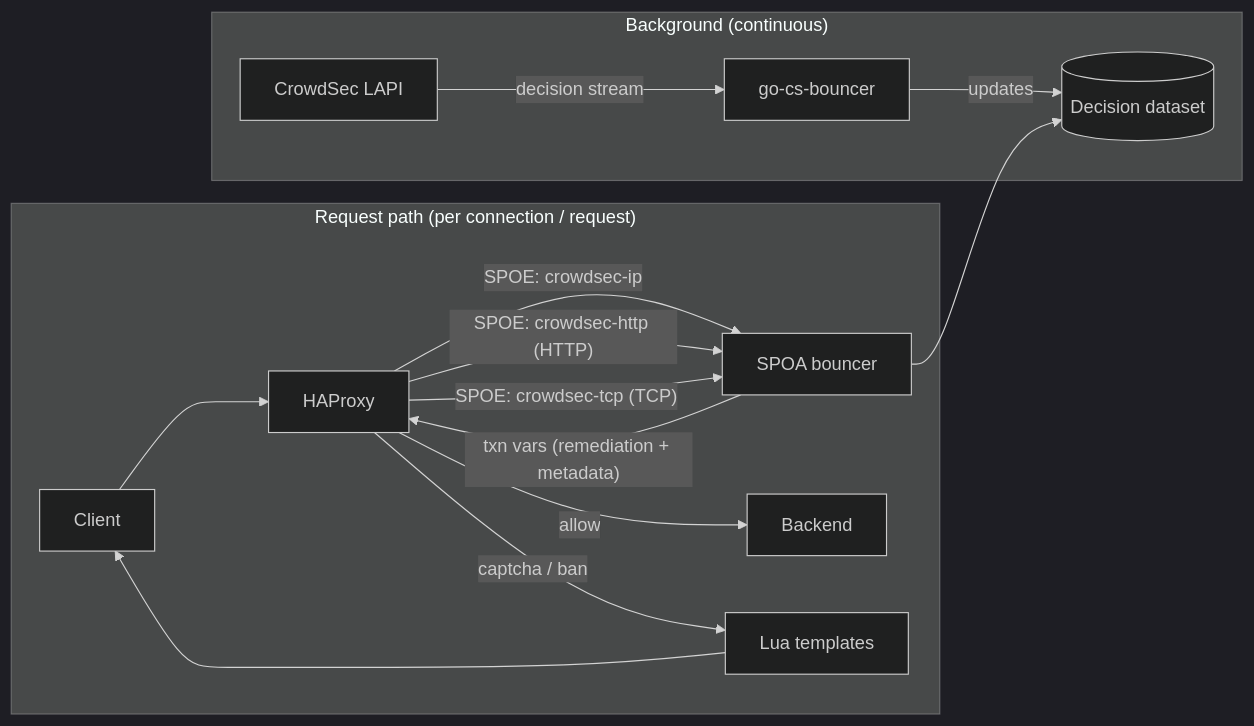
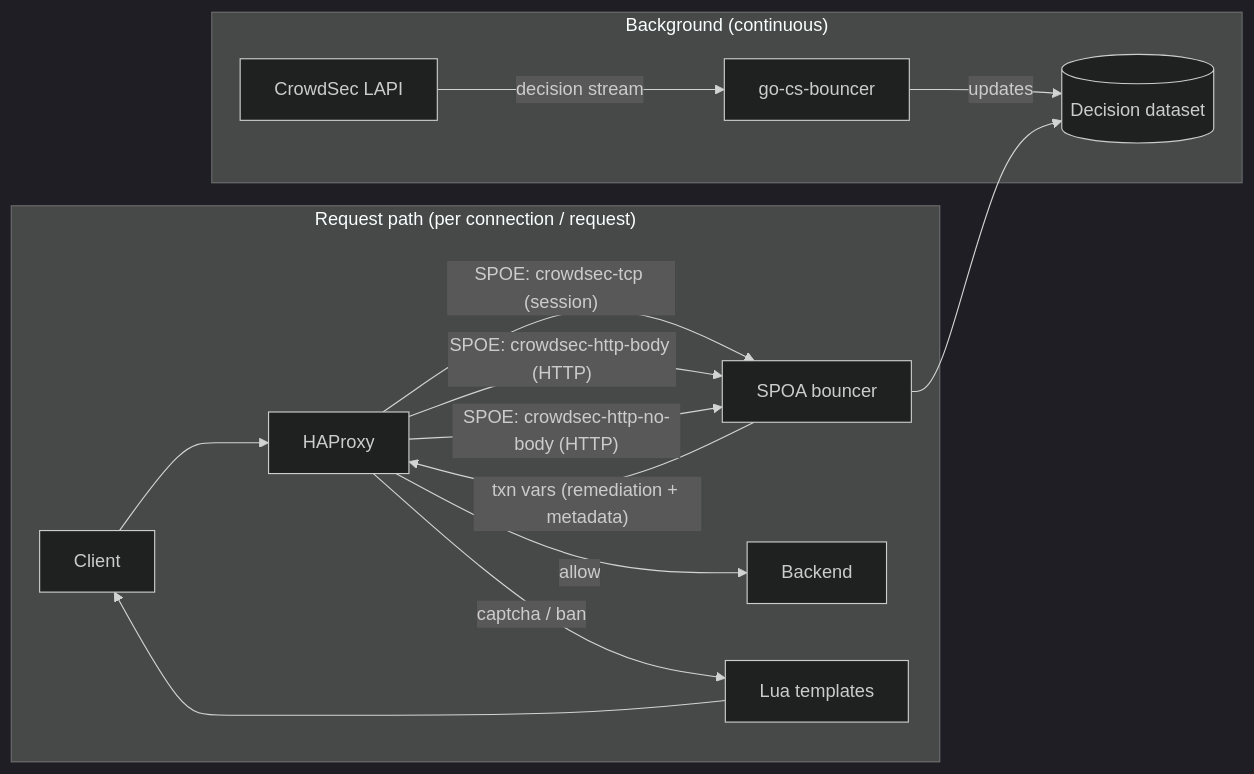
Before and after one commit to crowdsecurity/cs-haproxy-spoa-bouncer: the first of 7 diagrams in README.md, drawn with Mermaid (dark theme). The commit also changed other lines of this file, not shown here.

Commit message:
docs: update SPOE message names

````diff
--- a/README.md
+++ b/README.md
@@ -42,19 +42,19 @@
 ```mermaid
 flowchart LR
   subgraph Background["Background (continuous)"]
     CrowdSec["CrowdSec LAPI"] -->|"decision stream"| Bouncer["go-cs-bouncer"]
     Bouncer -->|"updates"| Dataset[("Decision dataset")]
   end
 
   subgraph DataPath["Request path (per connection / request)"]
     Client["Client"] --> HAProxy["HAProxy"]
-    HAProxy -->|"SPOE: crowdsec-ip"| SPOA["SPOA bouncer"]
-    HAProxy -->|"SPOE: crowdsec-http (HTTP)"| SPOA
-    HAProxy -->|"SPOE: crowdsec-tcp (TCP)"| SPOA
+    HAProxy -->|"SPOE: crowdsec-tcp (session)"| SPOA["SPOA bouncer"]
+    HAProxy -->|"SPOE: crowdsec-http-body (HTTP)"| SPOA
+    HAProxy -->|"SPOE: crowdsec-http-no-body (HTTP)"| SPOA
     SPOA --> Dataset
     SPOA -->|"txn vars (remediation + metadata)"| HAProxy
     HAProxy -->|"allow"| Backend["Backend"]
     HAProxy -->|"captcha / ban"| Lua["Lua templates"]
     Lua --> Client
   end
 ```
````
